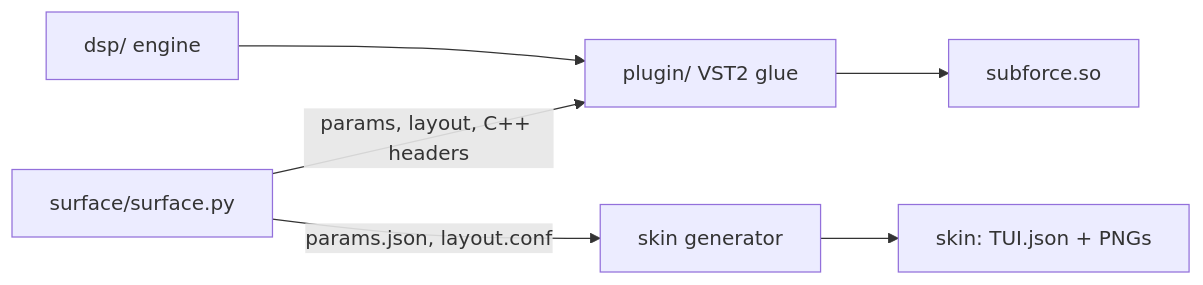
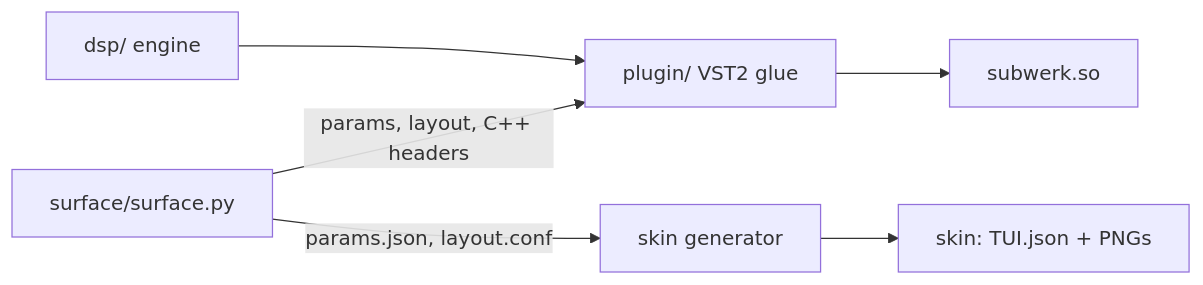
One commit to Devko/SubForce changed the first of 2 diagrams in docs/ARCHITECTURE.md. Above: the diagram before and after it, drawn with Mermaid. The commit also changed other lines of this file and 147 other files, not shown here.

````diff
--- a/docs/ARCHITECTURE.md
+++ b/docs/ARCHITECTURE.md
@@ -19,7 +19,7 @@
 ```mermaid
 flowchart LR
   S[surface/surface.py] -->|params, layout, C++ headers| P[plugin/ VST2 glue]
   S -->|params.json, layout.conf| G[skin generator] --> K[skin: TUI.json + PNGs]
   D[dsp/ engine] --> P
-  P --> SO[subforce.so]
+  P --> SO[subwerk.so]
 ```
````
